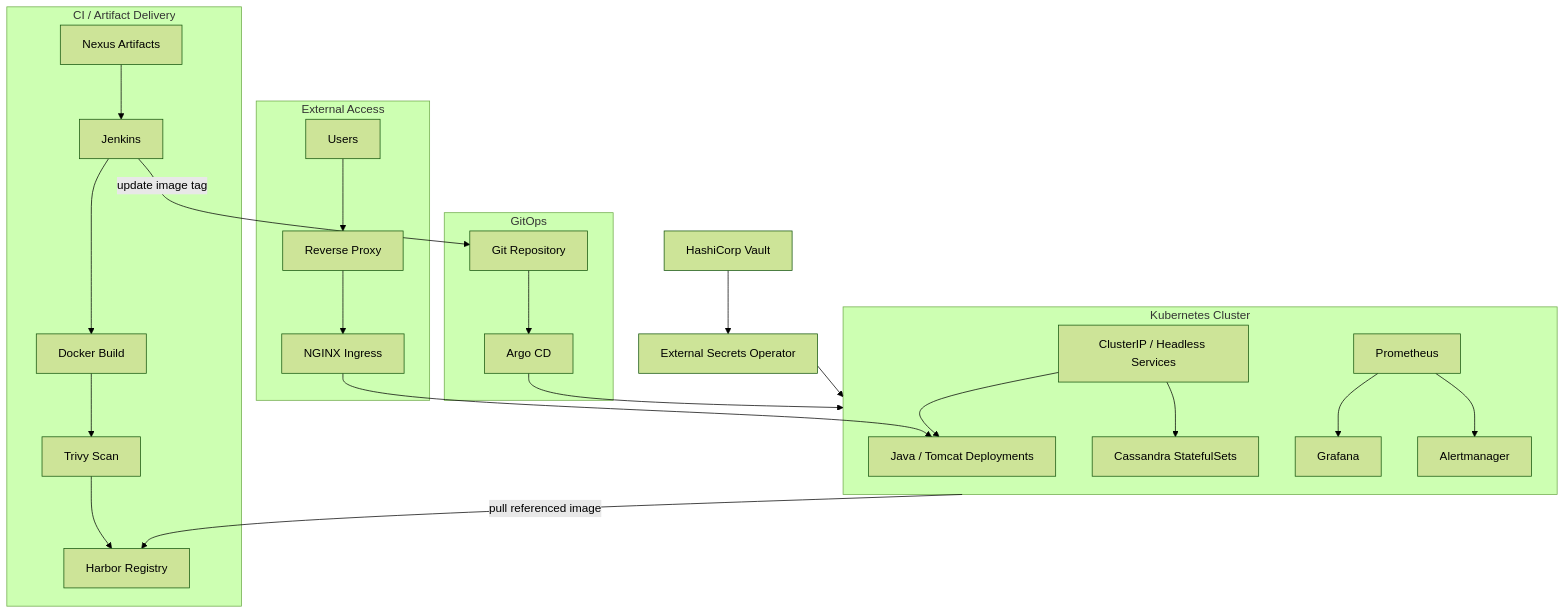
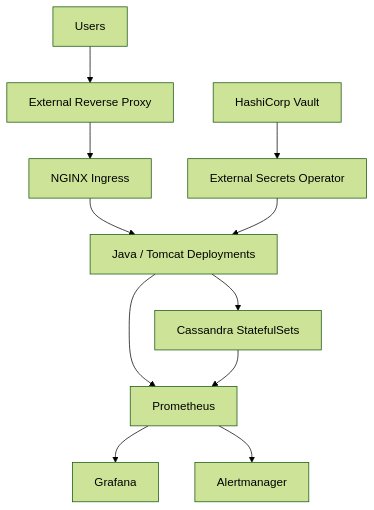
The second of 2 diagrams in diagrams/high-level-architecture.md (Mechida-Aymen/kubernetes-gitops-case-study), drawn with Mermaid (forest theme) before and after one commit. The commit also changed other lines of this file, not shown here.

Commit message:
Simplify high-level architecture diagrams

````diff
--- a/diagrams/high-level-architecture.md
+++ b/diagrams/high-level-architecture.md
@@ -3,46 +34,16 @@
 ```mermaid
 flowchart TB
-    subgraph Delivery["CI / Artifact Delivery"]
-      NEXUS[Nexus Artifacts]
-      JENKINS[Jenkins]
-      BUILD[Docker Build]
-      TRIVY[Trivy Scan]
-      HARBOR[Harbor Registry]
-      NEXUS --> JENKINS --> BUILD --> TRIVY --> HARBOR
-    end
+    USERS[Users] --> RP[External Reverse Proxy]
+    RP --> ING[NGINX Ingress]
+    ING --> APP[Java / Tomcat Deployments]
 
-    subgraph GitOps["GitOps"]
-      GIT[Git Repository]
-      ARGO[Argo CD]
-      GIT --> ARGO
-    end
-
-    subgraph Access["External Access"]
-      USERS[Users]
-      RP[Reverse Proxy]
-      INGRESS[NGINX Ingress]
-      USERS --> RP --> INGRESS
-    end
-
-    subgraph K8S["Kubernetes Cluster"]
-      APP[Java / Tomcat Deployments]
-      CASS[Cassandra StatefulSets]
-      SERVICES[ClusterIP / Headless Services]
-      PROM[Prometheus]
-      GRAF[Grafana]
-      ALERT[Alertmanager]
-
-      INGRESS --> APP
-      SERVICES --> APP
-      SERVICES --> CASS
-      PROM --> GRAF
-      PROM --> ALERT
-    end
-
-    JENKINS -->|update image tag| GIT
-    ARGO --> K8S
-    K8S -->|pull referenced image| HARBOR
+    APP --> CASS[Cassandra StatefulSets]
 
     VAULT[HashiCorp Vault] --> ESO[External Secrets Operator]
-    ESO --> K8S
+    ESO --> APP
+
+    APP --> PROM[Prometheus]
+    CASS --> PROM
+    PROM --> GRAF[Grafana]
+    PROM --> ALERT[Alertmanager]
 ```
````
